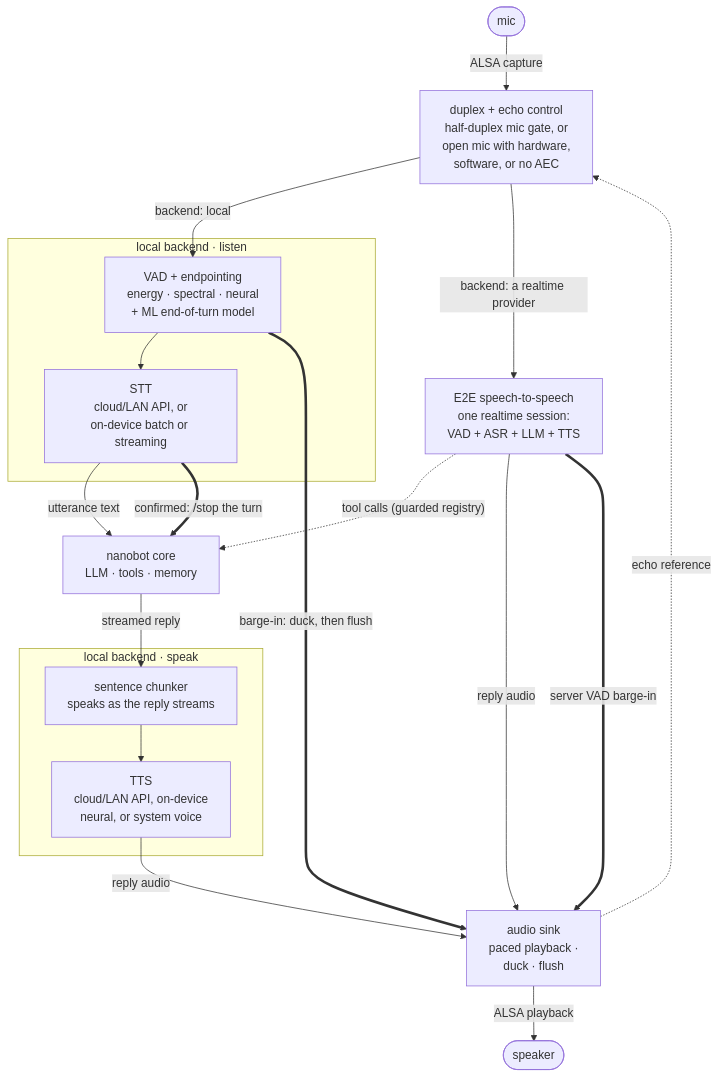
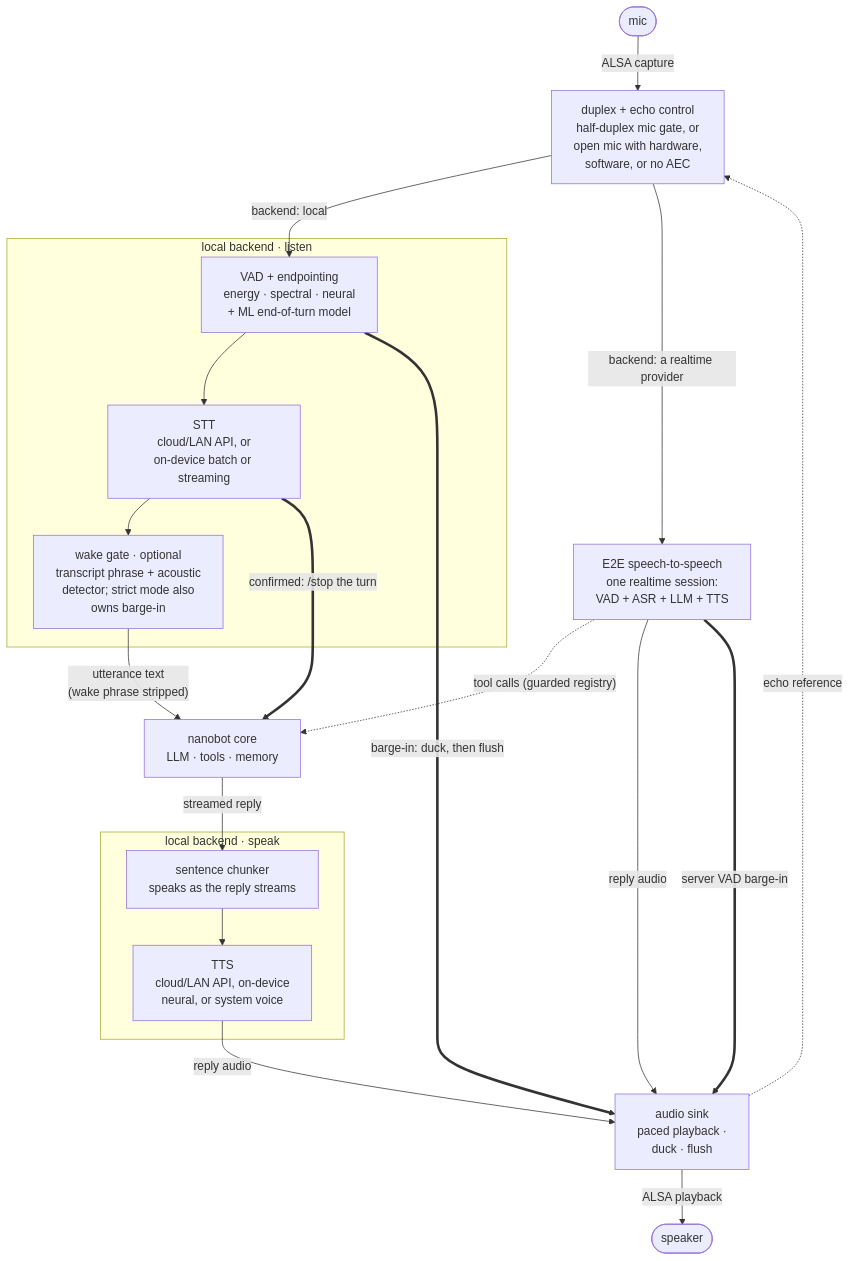
One commit to iChizer0/nanobot-channel-voice changed the diagram in README.md. Above: the diagram before and after it, drawn with Mermaid. The commit also changed other lines of this file, not shown here.

Commit message:
chore: add wake word functionality to enhance voice interaction

````diff
--- a/README.md
+++ b/README.md
@@ -12,34 +13,35 @@
 ```mermaid
 flowchart TB
   mic([mic]) -->|"ALSA capture"| duplex
   duplex["duplex + echo control<br/>half-duplex mic gate, or<br/>open mic with hardware,<br/>software, or no AEC"]
   sink["audio sink<br/>paced playback ·<br/>duck · flush"]
   spk([speaker])
   agent["nanobot core<br/>LLM · tools · memory"]
 
   subgraph listen["local backend · listen"]
     vad["VAD + endpointing<br/>energy · spectral · neural<br/>+ ML end-of-turn model"] --> stt
-    stt["STT<br/>cloud/LAN API, or<br/>on-device batch or streaming"]
+    stt["STT<br/>cloud/LAN API, or<br/>on-device batch or streaming"] --> wake
+    wake["wake gate · optional<br/>transcript phrase + acoustic<br/>detector; strict mode also<br/>owns barge-in"]
   end
 
   subgraph speak["local backend · speak"]
     chunker["sentence chunker<br/>speaks as the reply streams"] --> tts
     tts["TTS<br/>cloud/LAN API, on-device<br/>neural, or system voice"]
   end
 
   s2s["E2E speech-to-speech<br/>one realtime session:<br/>VAD + ASR + LLM + TTS"]
 
   duplex -->|"backend: local"| vad
   duplex -->|"backend: a realtime provider"| s2s
-  stt -->|"utterance text"| agent
+  wake -->|"utterance text<br/>(wake phrase stripped)"| agent
   agent -->|"streamed reply"| chunker
   s2s -.->|"tool calls (guarded registry)"| agent
   tts -->|"reply audio"| sink
   s2s -->|"reply audio"| sink
   sink -->|"ALSA playback"| spk
   sink -.->|"echo reference"| duplex
 
   vad ==>|"barge-in: duck, then flush"| sink
   stt ==>|"confirmed: /stop the turn"| agent
   s2s ==>|"server VAD barge-in"| sink
 ```
````
